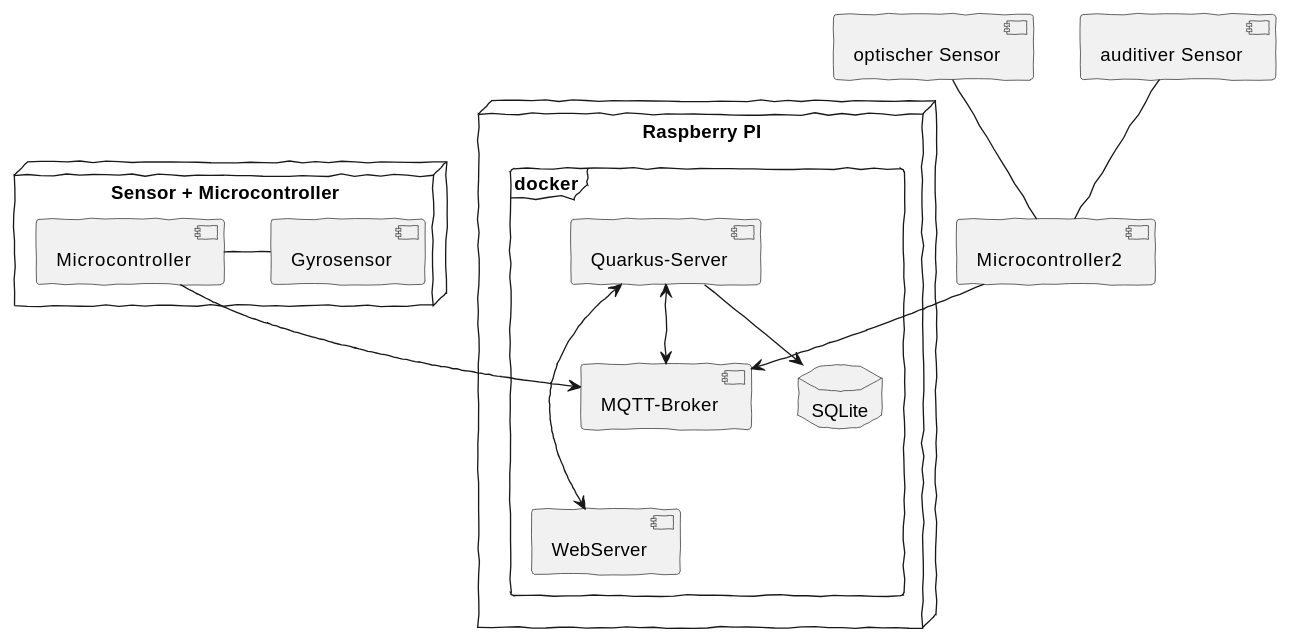
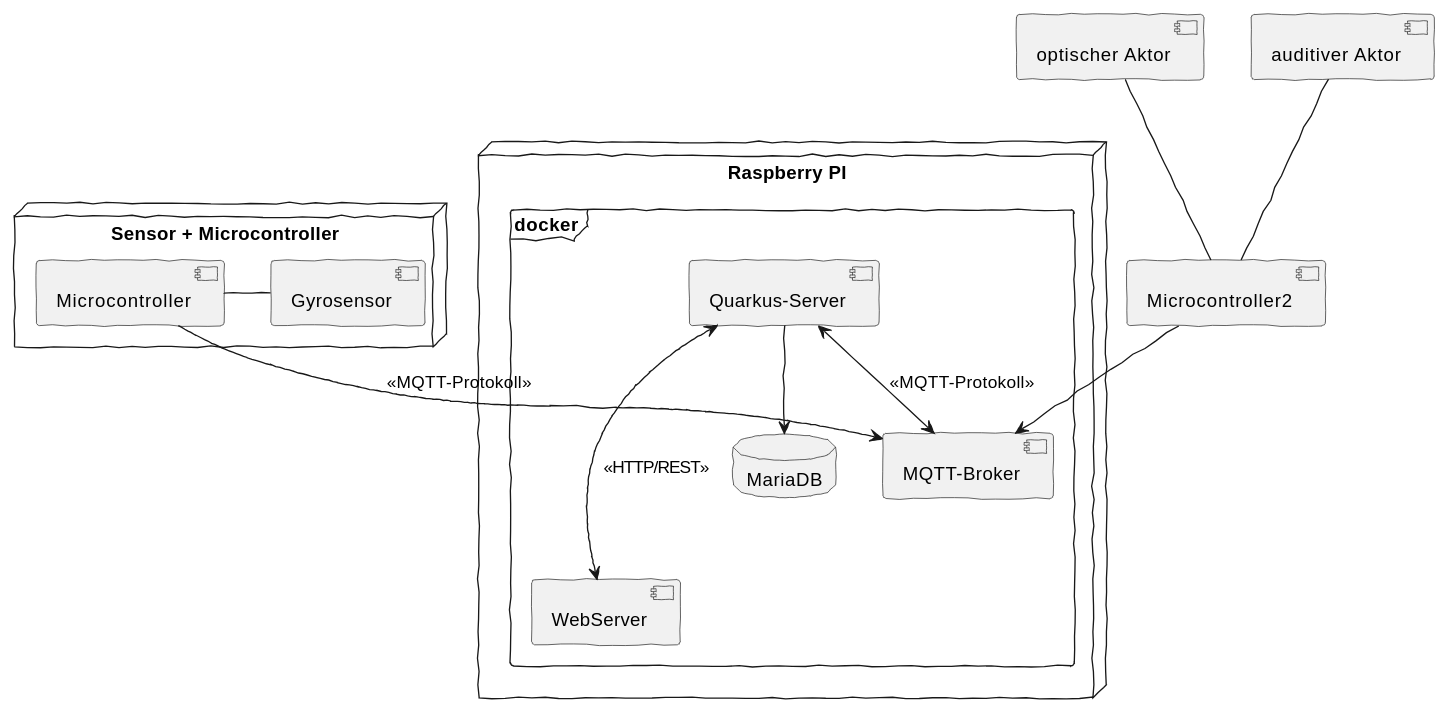
Before and after one commit to KonstantinFrank01/safer-pool-docs: the first of 3 diagrams in asciidocs/entwurf.adoc, drawn with PlantUML. The commit also changed 1 other file, not shown here.

Commit message:
minor changes

```diff
--- a/asciidocs/entwurf.adoc
+++ b/asciidocs/entwurf.adoc
@@ -12,31 +12,31 @@
 [plantuml]
 ----
 @startuml
 skinparam handwritten true
 
     node "Raspberry PI" {
         frame docker{
         [MQTT-Broker]
         [WebServer]
         [Quarkus-Server]
-        database "SQLite" {
+        database "MariaDB" {
         }
           }
     }
 node "Sensor + Microcontroller" {
     [Microcontroller] - [Gyrosensor]
 }
 
-[optischer Sensor]
-[auditiver Sensor]
+[optischer Aktor]
+[auditiver Aktor]
 [Microcontroller2]
 
-[Microcontroller] --> [MQTT-Broker]
-[Quarkus-Server] <--> [MQTT-Broker]
-[Quarkus-Server] --> SQLite
-[Quarkus-Server] <---> WebServer
+[Microcontroller] --> [MQTT-Broker] : <<MQTT-Protokoll>>
+[Quarkus-Server] <--> [MQTT-Broker] : <<MQTT-Protokoll>>
+[Quarkus-Server] --> MariaDB
+[Quarkus-Server] <---> WebServer : <<HTTP/REST>>
 [Microcontroller2] --> [MQTT-Broker]
-[optischer Sensor] -- [Microcontroller2]
-[auditiver Sensor] -- [Microcontroller2]
+[optischer Aktor] -- [Microcontroller2]
+[auditiver Aktor] -- [Microcontroller2]
 @enduml
 ----
```
